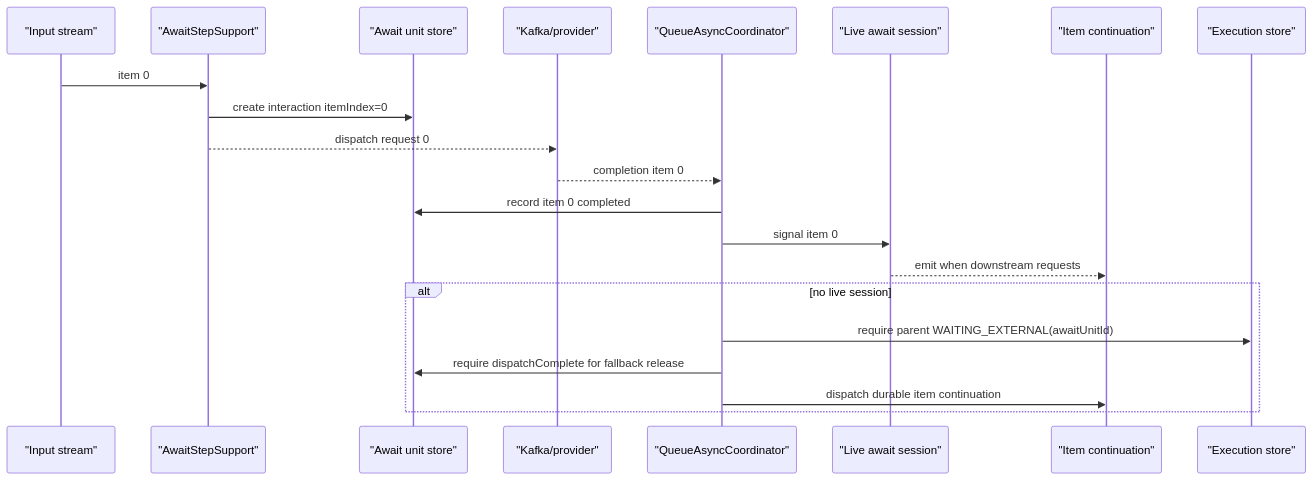
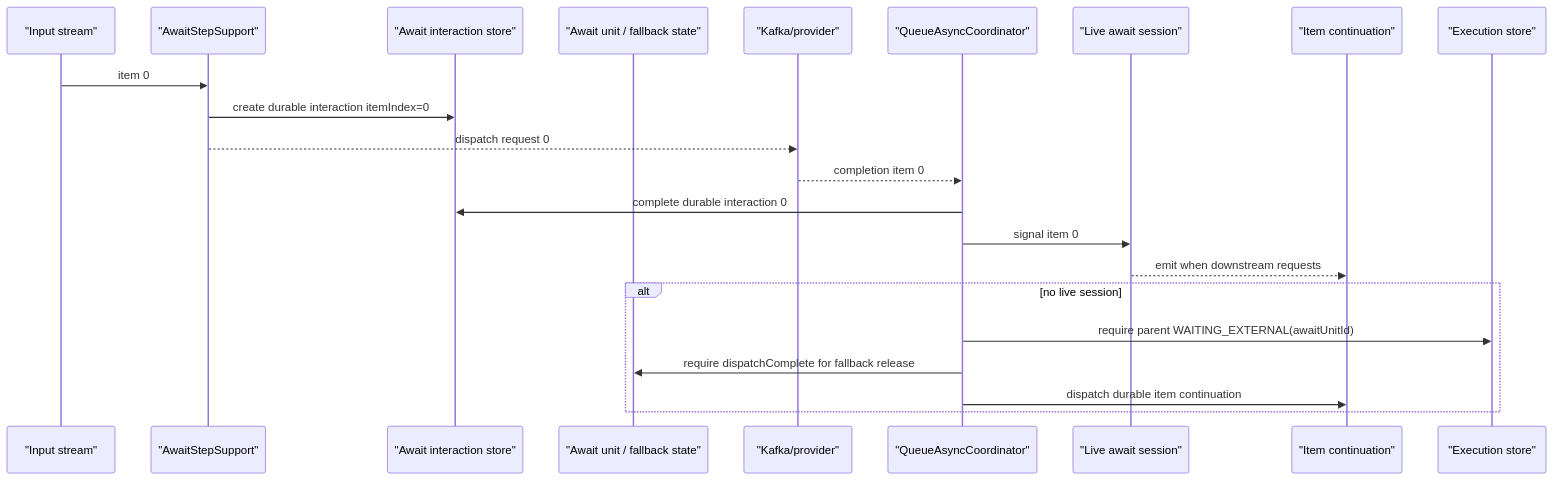
One commit to The-Pipeline-Framework/pipelineframework changed the diagram in docs/deploy/orchestrator-runtime/await.md. Above: the diagram before and after it, drawn with Mermaid. The commit also changed other lines of this file and 13 other files, not shown here.

````diff
--- a/docs/deploy/orchestrator-runtime/await.md
+++ b/docs/deploy/orchestrator-runtime/await.md
@@ -62,25 +62,26 @@
 ```mermaid
 sequenceDiagram
     participant Input as "Input stream"
     participant Await as "AwaitStepSupport"
-    participant Unit as "Await unit store"
+    participant Interaction as "Await interaction store"
+    participant Unit as "Await unit / fallback state"
     participant Kafka as "Kafka/provider"
     participant Queue as "QueueAsyncCoordinator"
     participant Live as "Live await session"
     participant Status as "Item continuation"
     participant Exec as "Execution store"
 
     Input->>Await: item 0
-    Await->>Unit: create interaction itemIndex=0
+    Await->>Interaction: create durable interaction itemIndex=0
     Await-->>Kafka: dispatch request 0
     Kafka-->>Queue: completion item 0
-    Queue->>Unit: record item 0 completed
+    Queue->>Interaction: complete durable interaction 0
     Queue->>Live: signal item 0
     Live-->>Status: emit when downstream requests
 
     alt no live session
       Queue->>Exec: require parent WAITING_EXTERNAL(awaitUnitId)
       Queue->>Unit: require dispatchComplete for fallback release
       Queue->>Status: dispatch durable item continuation
     end
 ```
````
